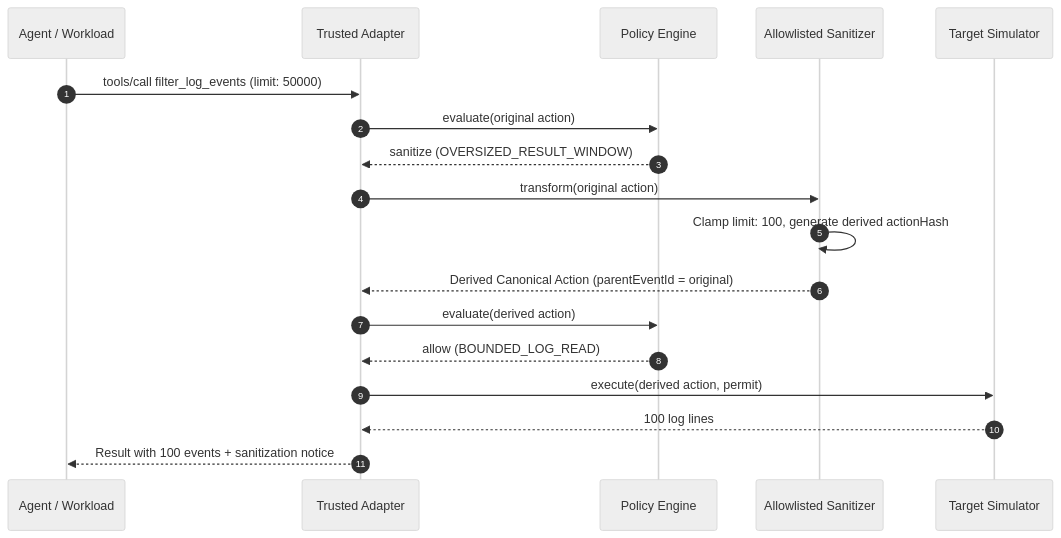
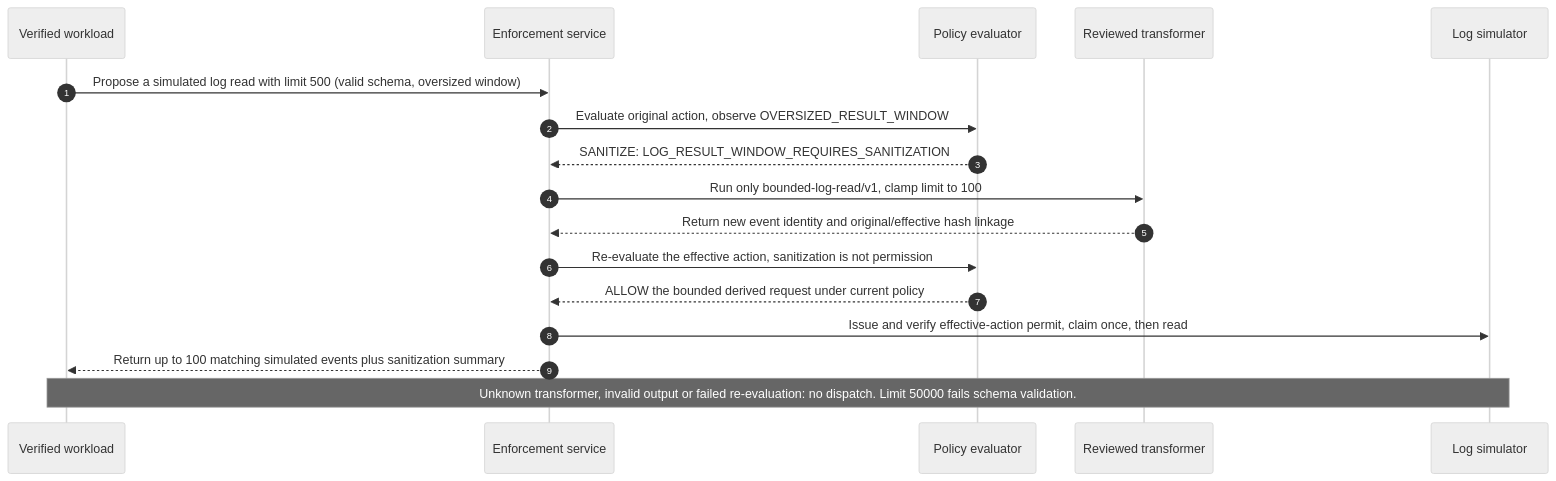
One commit to hemantkgupta/tracepermit changed the fifth of 10 diagrams in site/guide/core-flows.md. Above: the diagram before and after it, drawn with Mermaid (neutral theme). The commit also changed other lines of this file and 25 other files, not shown here.

Commit message:
docs: align nine action flows with verified runtime boundaries

````diff
--- a/site/guide/core-flows.md
+++ b/site/guide/core-flows.md
@@ -329,21 +278,19 @@
 ```mermaid
 sequenceDiagram
   autonumber
-  participant Agent as Agent / Workload
-  participant Gateway as Trusted Adapter
-  participant Policy as Policy Engine
-  participant Sanitizer as Allowlisted Sanitizer
-  participant Simulator as Target Simulator
-
-  Agent->>Gateway: tools/call filter_log_events (limit: 50000)
-  Gateway->>Policy: evaluate(original action)
-  Policy-->>Gateway: sanitize (OVERSIZED_RESULT_WINDOW)
-  Gateway->>Sanitizer: transform(original action)
-  Sanitizer->>Sanitizer: Clamp limit: 100, generate derived actionHash
-  Sanitizer-->>Gateway: Derived Canonical Action (parentEventId = original)
-  Gateway->>Policy: evaluate(derived action)
-  Policy-->>Gateway: allow (BOUNDED_LOG_READ)
-  Gateway->>Simulator: execute(derived action, permit)
-  Simulator-->>Gateway: 100 log lines
-  Gateway-->>Agent: Result with 100 events + sanitization notice
+  participant C as Verified workload
+  participant E as Enforcement service
+  participant P as Policy evaluator
+  participant T as Reviewed transformer
+  participant S as Log simulator
+  C->>E: Propose a simulated log read with limit 500 (valid schema, oversized window)
+  E->>P: Evaluate original action, observe OVERSIZED_RESULT_WINDOW
+  P-->>E: SANITIZE: LOG_RESULT_WINDOW_REQUIRES_SANITIZATION
+  E->>T: Run only bounded-log-read/v1, clamp limit to 100
+  T-->>E: Return new event identity and original/effective hash linkage
+  E->>P: Re-evaluate the effective action, sanitization is not permission
+  P-->>E: ALLOW the bounded derived request under current policy
+  E->>S: Issue and verify effective-action permit, claim once, then read
+  E-->>C: Return up to 100 matching simulated events plus sanitization summary
+  Note over C,S: Unknown transformer, invalid output or failed re-evaluation: no dispatch. Limit 50000 fails schema validation.
 ```
````
